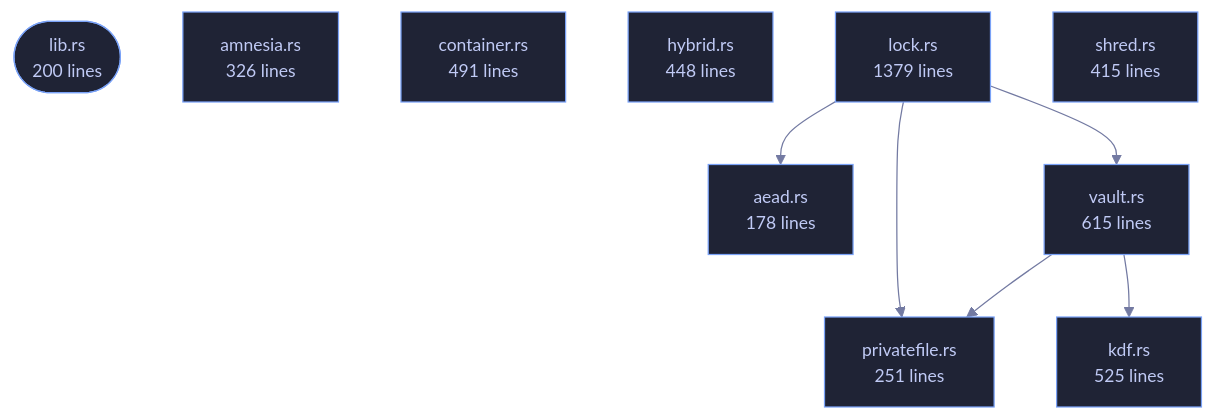
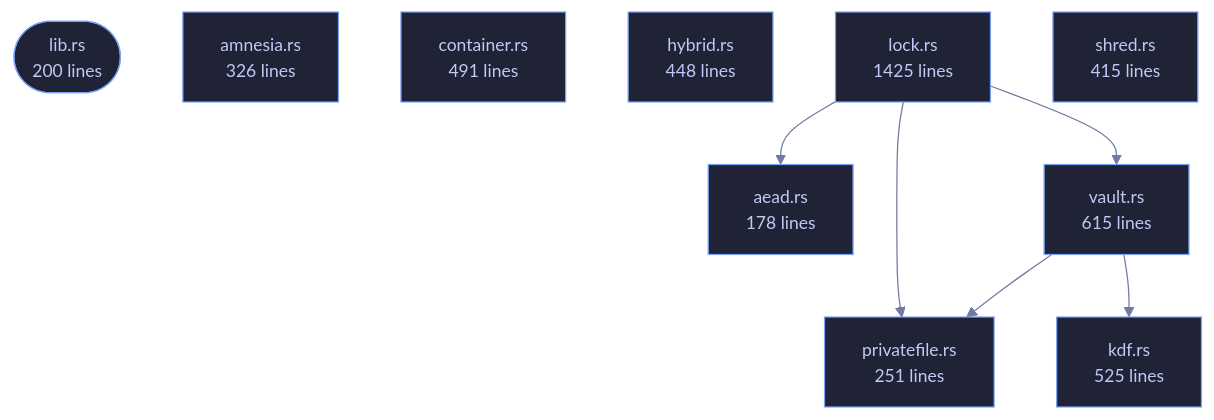
The diagram in wiki/Crate-veilvoice-crypto.md (tilas01/veilvoice), drawn with Mermaid before and after one commit. The commit also changed other lines of this file and 15 other files, not shown here.

````diff
--- a/wiki/Crate-veilvoice-crypto.md
+++ b/wiki/Crate-veilvoice-crypto.md
@@ -95,29 +95,29 @@
 ```mermaid
 %%{init: {"theme":"base","themeVariables":{"background":"#1a1b26","primaryColor":"#1f2335","primaryTextColor":"#c0caf5","primaryBorderColor":"#7aa2f7","secondaryColor":"#16161e","tertiaryColor":"#16161e","lineColor":"#737aa2","textColor":"#c0caf5","mainBkg":"#1f2335","nodeBorder":"#7aa2f7","clusterBkg":"#16161e","clusterBorder":"#2f3549","fontFamily":"ui-monospace, SFMono-Regular, Consolas, monospace","fontSize":"14px"}}}%%
 flowchart TD
     n_lib(["lib.rs<br/>200 lines"])
     n_aead["aead.rs<br/>178 lines"]
     n_amnesia["amnesia.rs<br/>326 lines"]
     n_container["container.rs<br/>491 lines"]
     n_hybrid["hybrid.rs<br/>448 lines"]
     n_kdf["kdf.rs<br/>525 lines"]
-    n_lock["lock.rs<br/>1379 lines"]
+    n_lock["lock.rs<br/>1425 lines"]
     n_privatefile["privatefile.rs<br/>251 lines"]
     n_shred["shred.rs<br/>415 lines"]
     n_vault["vault.rs<br/>615 lines"]
     n_lock --> n_aead
     n_lock --> n_privatefile
     n_lock --> n_vault
     n_vault --> n_kdf
     n_vault --> n_privatefile
     click n_lib href "https://github.com/tilas01/veilvoice/blob/main/crates/veilvoice-crypto/src/lib.rs" "open the source"
     click n_aead href "https://github.com/tilas01/veilvoice/blob/main/crates/veilvoice-crypto/src/aead.rs" "open the source"
     click n_amnesia href "https://github.com/tilas01/veilvoice/blob/main/crates/veilvoice-crypto/src/amnesia.rs" "open the source"
     click n_container href "https://github.com/tilas01/veilvoice/blob/main/crates/veilvoice-crypto/src/container.rs" "open the source"
     click n_hybrid href "https://github.com/tilas01/veilvoice/blob/main/crates/veilvoice-crypto/src/hybrid.rs" "open the source"
     click n_kdf href "https://github.com/tilas01/veilvoice/blob/main/crates/veilvoice-crypto/src/kdf.rs" "open the source"
     click n_lock href "https://github.com/tilas01/veilvoice/blob/main/crates/veilvoice-crypto/src/lock.rs" "open the source"
     click n_privatefile href "https://github.com/tilas01/veilvoice/blob/main/crates/veilvoice-crypto/src/privatefile.rs" "open the source"
     click n_shred href "https://github.com/tilas01/veilvoice/blob/main/crates/veilvoice-crypto/src/shred.rs" "open the source"
     click n_vault href "https://github.com/tilas01/veilvoice/blob/main/crates/veilvoice-crypto/src/vault.rs" "open the source"
 ```
````
